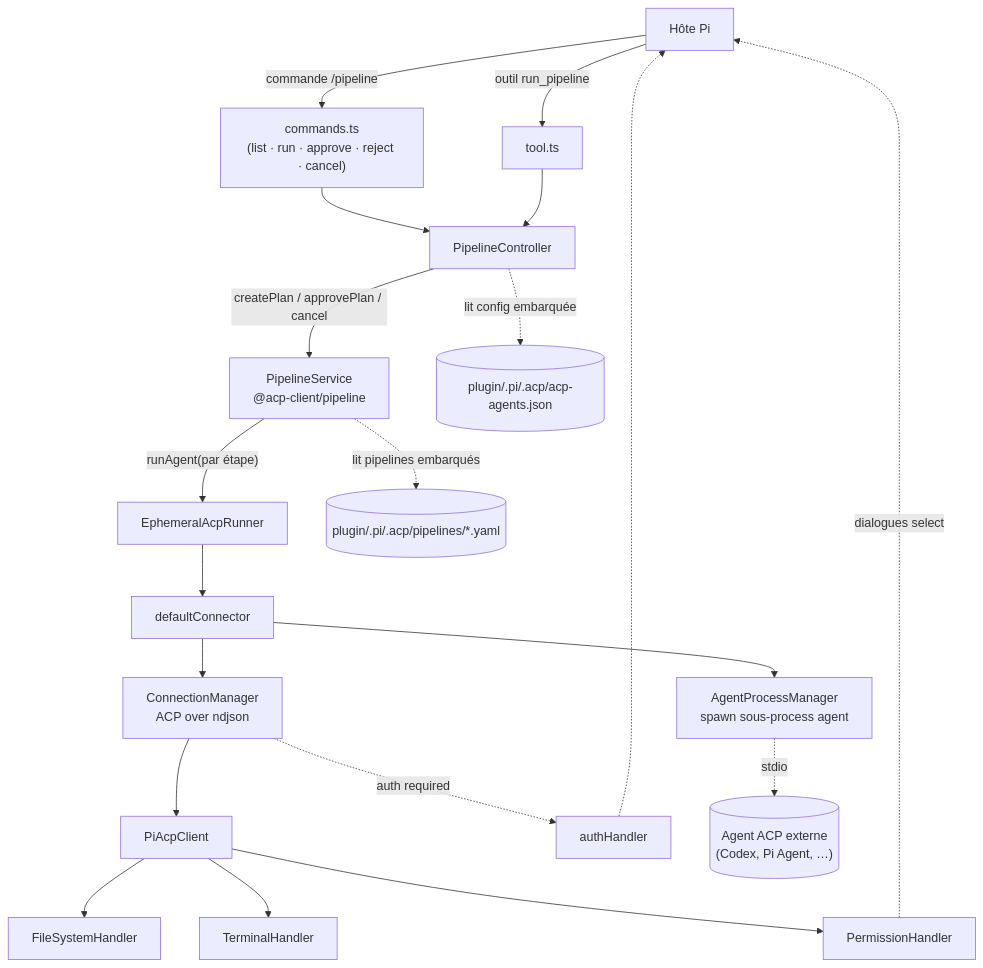
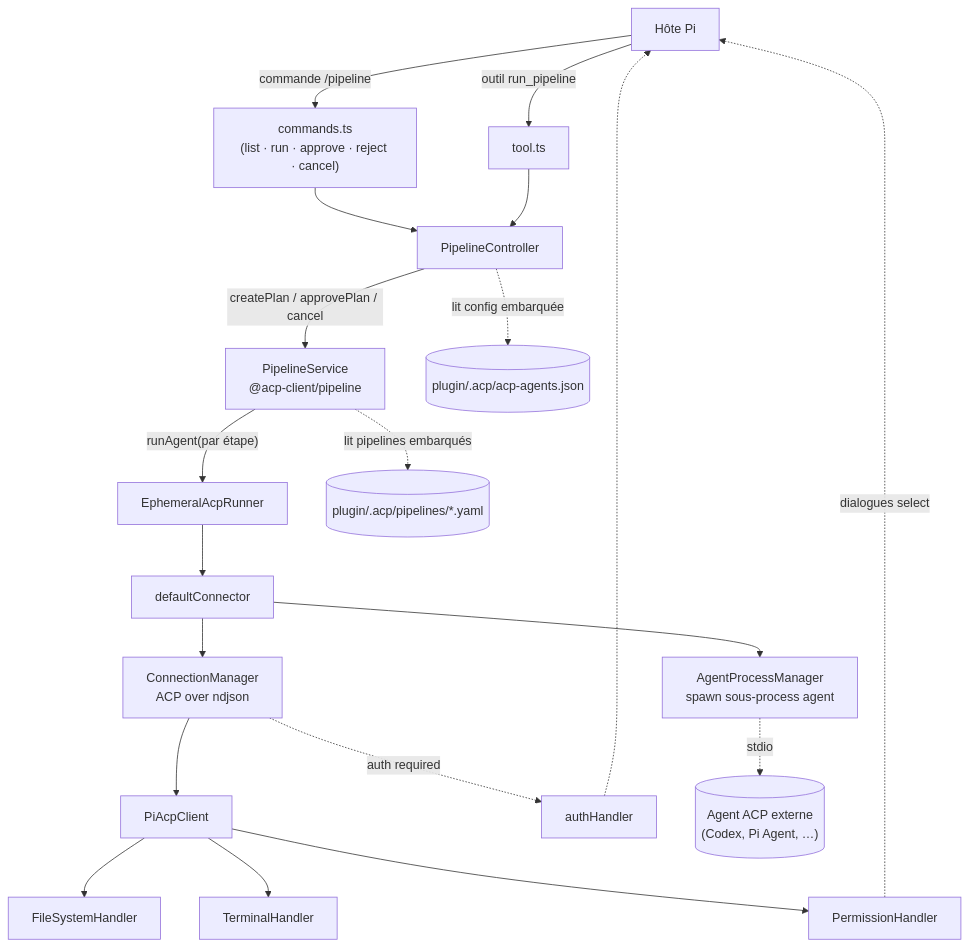
Before and after one commit to maurice30120/vscode-acp: the first of 4 diagrams in plugin-pi/README.md, drawn with Mermaid. The commit also changed other lines of this file and 90 other files, not shown here.

````diff
--- a/plugin-pi/README.md
+++ b/plugin-pi/README.md
@@ -256,27 +256,27 @@
 ```mermaid
 flowchart TD
   Host["Hôte Pi"]
 
   Host -->|"commande /pipeline"| Cmds["commands.ts<br/>(list · run · approve · reject · cancel)"]
   Host -->|"outil run_pipeline"| Tool["tool.ts"]
   Cmds --> Ctrl["PipelineController"]
   Tool --> Ctrl
 
   Ctrl -->|"createPlan / approvePlan / cancel"| Svc["PipelineService<br/>@acp-client/pipeline"]
   Svc -->|"runAgent(par étape)"| Runner["EphemeralAcpRunner"]
   Runner --> Conn["defaultConnector"]
 
   Conn --> Proc["AgentProcessManager<br/>spawn sous-process agent"]
   Conn --> Cm["ConnectionManager<br/>ACP over ndjson"]
   Cm --> Client["PiAcpClient"]
   Client --> FS["FileSystemHandler"]
   Client --> Term["TerminalHandler"]
   Client --> Perm["PermissionHandler"]
   Perm -.->|"dialogues select"| Host
   Cm -.->|"auth required"| Auth["authHandler"]
   Auth -.-> Host
 
-  Ctrl -.->|"lit config embarquée"| Cfg[("plugin/.pi/.acp/acp-agents.json")]
-  Svc -.->|"lit pipelines embarqués"| Pipes[("plugin/.pi/.acp/pipelines/*.yaml")]
+  Ctrl -.->|"lit config embarquée"| Cfg[("plugin/.acp/acp-agents.json")]
+  Svc -.->|"lit pipelines embarqués"| Pipes[("plugin/.acp/pipelines/*.yaml")]
   Proc -.->|"stdio"| Agent[("Agent ACP externe<br/>(Codex, Pi Agent, …)")]
 ```
````
